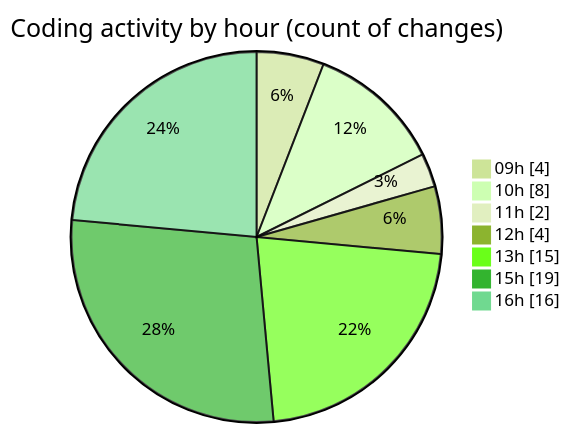
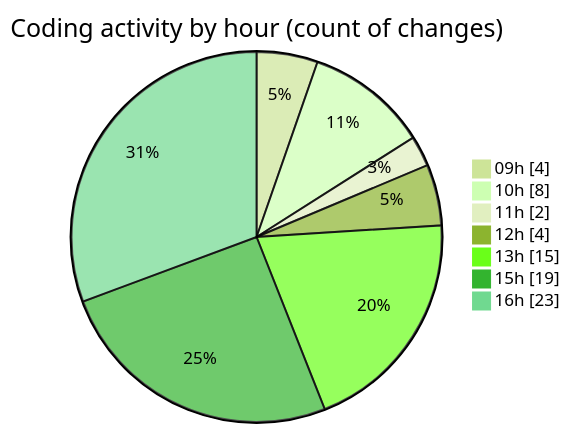
The second of 2 diagrams in 2026-06-03/cda/README.md (momahboobian/code-tracking), drawn with Mermaid (forest theme) before and after one commit. The commit also changed other lines of this file and 1 other file, not shown here.

````diff
--- a/2026-06-03/cda/README.md
+++ b/2026-06-03/cda/README.md
@@ -59,11 +59,11 @@
 ```mermaid
 pie showData
 title Coding activity by hour (count of changes)
 "09h" : 4
 "10h" : 8
 "11h" : 2
 "12h" : 4
 "13h" : 15
 "15h" : 19
-"16h" : 16
+"16h" : 23
 ```
````
